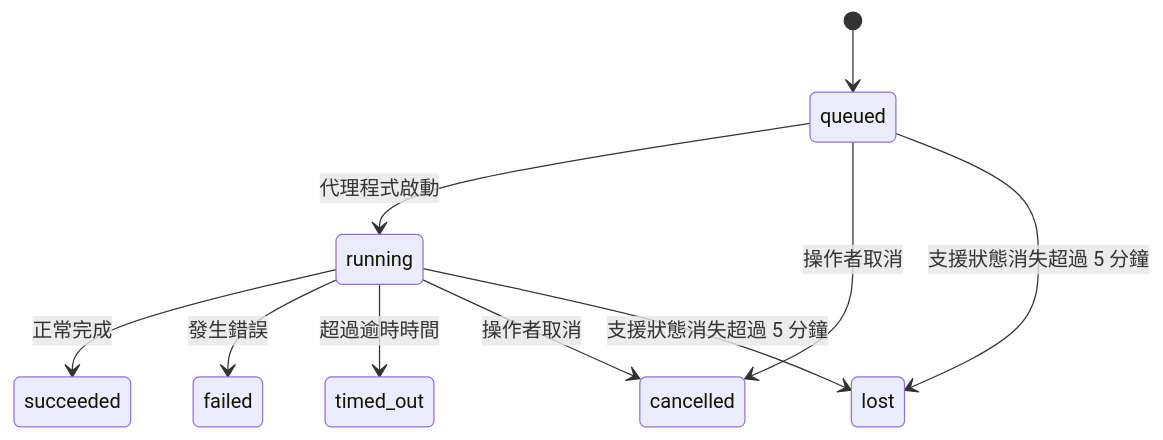
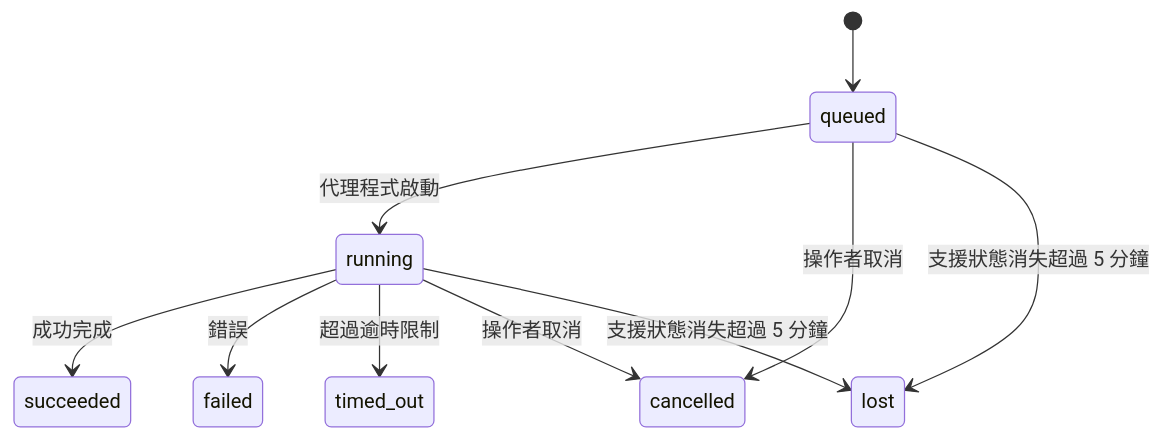
The diagram in openclaw-docs/zh-TW/automation/tasks.md (is0383kk/ai-docs-sync-workflow), drawn with Mermaid before and after one commit. The commit also changed other lines of this file and 11096 other files, not shown here.

````diff
--- a/openclaw-docs/zh-TW/automation/tasks.md
+++ b/openclaw-docs/zh-TW/automation/tasks.md
@@ -125,12 +126,12 @@
 ```mermaid
 stateDiagram-v2
     [*] --> queued
     queued --> running : 代理程式啟動
-    running --> succeeded : 正常完成
-    running --> failed : 發生錯誤
-    running --> timed_out : 超過逾時時間
+    running --> succeeded : 成功完成
+    running --> failed : 錯誤
+    running --> timed_out : 超過逾時限制
     queued --> cancelled : 操作者取消
     running --> cancelled : 操作者取消
     queued --> lost : 支援狀態消失超過 5 分鐘
     running --> lost : 支援狀態消失超過 5 分鐘
 ```
````
